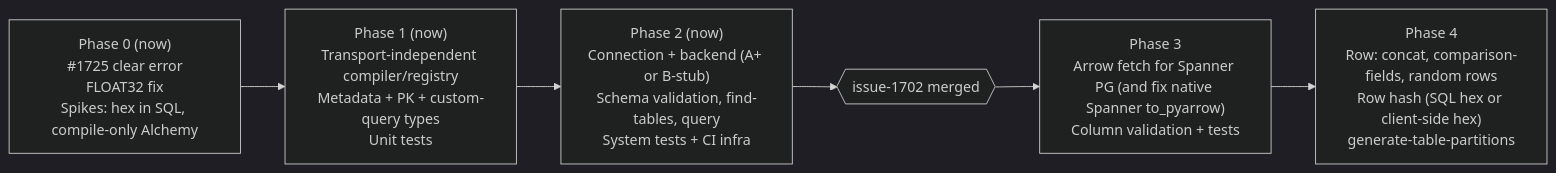
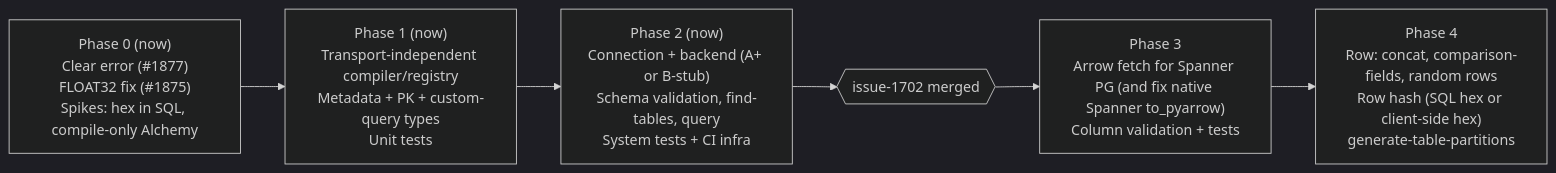
The first of 3 diagrams in docs/internal/design_docs/spanner_postgres_dialect_plan.md (GoogleCloudPlatform/professional-services-data-validator), drawn with Mermaid (dark theme) before and after one commit. The commit also changed other lines of this file, not shown here.

Commit message:
docs: Add Spanner/PostgreSQL dialect implementation plan

````diff
--- a/docs/internal/design_docs/spanner_postgres_dialect_plan.md
+++ b/docs/internal/design_docs/spanner_postgres_dialect_plan.md
@@ -105,10 +109,10 @@
 ```mermaid
 flowchart LR
-  P0["Phase 0 (now)<br/>#1725 clear error<br/>FLOAT32 fix<br/>Spikes: hex in SQL, compile-only Alchemy"]
+  P0["Phase 0 (now)<br/>Clear error (#1877)<br/>FLOAT32 fix (#1875)<br/>Spikes: hex in SQL, compile-only Alchemy"]
   P1["Phase 1 (now)<br/>Transport-independent compiler/registry<br/>Metadata + PK + custom-query types<br/>Unit tests"]
   P2["Phase 2 (now)<br/>Connection + backend (A+ or B-stub)<br/>Schema validation, find-tables, query<br/>System tests + CI infra"]
   M{{"issue-1702 merged"}}
   P3["Phase 3<br/>Arrow fetch for Spanner PG (and fix native Spanner to_pyarrow)<br/>Column validation + tests"]
   P4["Phase 4<br/>Row: concat, comparison-fields, random rows<br/>Row hash (SQL hex or client-side hex)<br/>generate-table-partitions"]
   P0 --> P1 --> P2 --> M --> P3 --> P4
 ```
````
